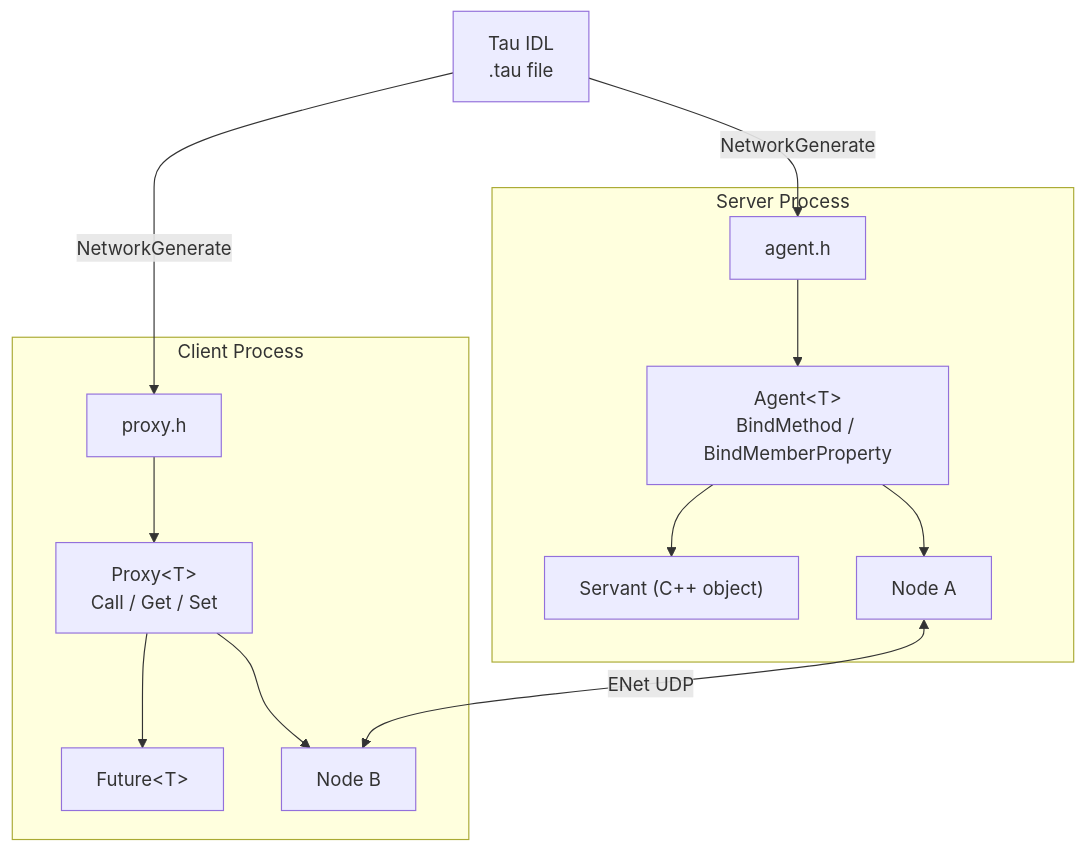
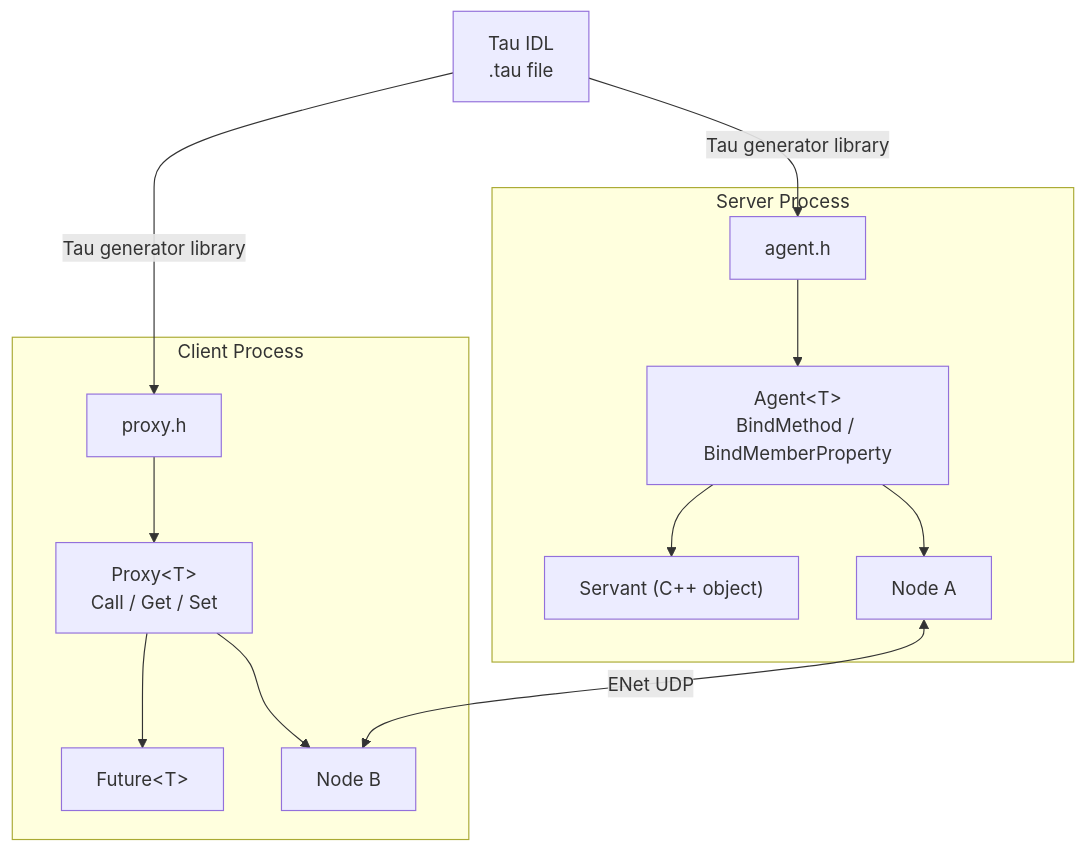
The fourth of 4 diagrams in Doc/Networking.md (cschladetsch/CppKAI), drawn with Mermaid before and after one commit. The commit also changed 14 other files, not shown here.

````diff
--- a/Doc/Networking.md
+++ b/Doc/Networking.md
@@ -394,19 +394,19 @@
 ```mermaid
 graph TB
-    TAU["Tau IDL<br/>.tau file"] -->|NetworkGenerate| PH["proxy.h"]
-    TAU -->|NetworkGenerate| AH["agent.h"]
+    TAU["Tau IDL<br/>.tau file"] -->|Tau generator library| PH["proxy.h"]
+    TAU -->|Tau generator library| AH["agent.h"]
 
     subgraph "Server Process"
         AH --> AGT["Agent&lt;T&gt;<br/>BindMethod / BindMemberProperty"]
         AGT --> SRV["Servant (C++ object)"]
         AGT --> NA[Node A]
     end
 
     subgraph "Client Process"
         PH --> PRX["Proxy&lt;T&gt;<br/>Call / Get / Set"]
         PRX --> FUT["Future&lt;T&gt;"]
         PRX --> NB[Node B]
     end
 
     NA <-->|ENet UDP| NB
 ```
````
